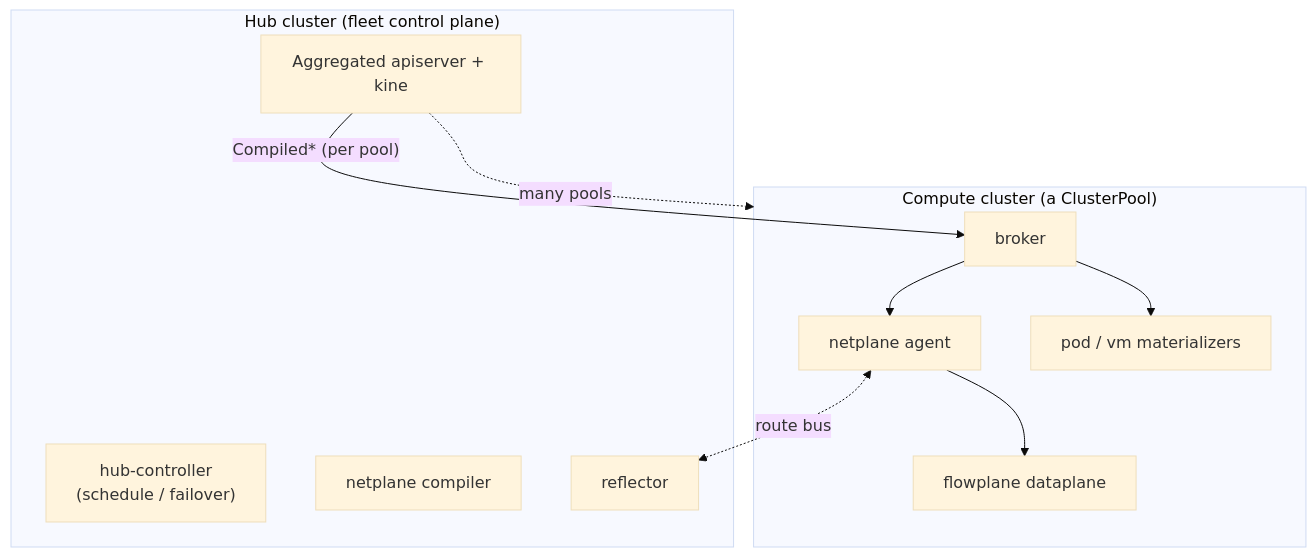
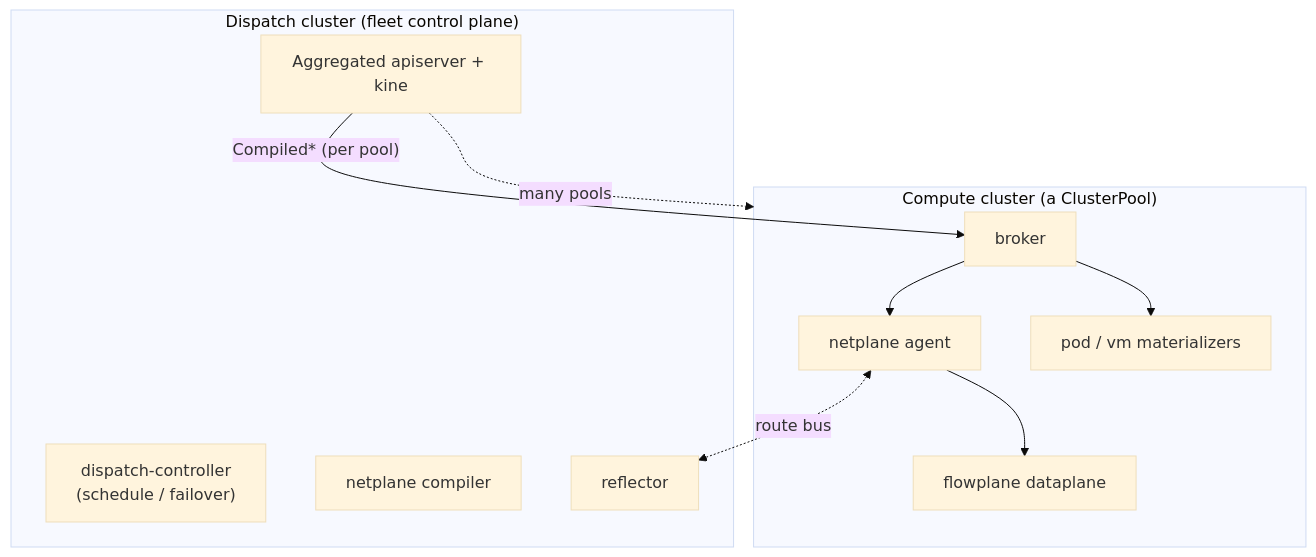
One commit to trevex/ectobase changed the diagram in README.md. Above: the diagram before and after it, drawn with Mermaid (base theme). The commit also changed other lines of this file and 490 other files, not shown here.

First line of the commit message:
refactor: rename subproject hub -> dispatch

````diff
--- a/README.md
+++ b/README.md
@@ -11,21 +11,21 @@
 ```mermaid
 flowchart TB
-  subgraph hub["Hub cluster (fleet control plane)"]
+  subgraph dispatch["Dispatch cluster (fleet control plane)"]
     api["Aggregated apiserver + kine"]
-    ctl["hub-controller<br/>(schedule / failover)"]
+    ctl["dispatch-controller<br/>(schedule / failover)"]
     cmp["netplane compiler"]
     rfl["reflector"]
   end
   subgraph pool["Compute cluster (a ClusterPool)"]
     brk["broker"]
     agt["netplane agent"]
     mat["pod / vm materializers"]
     dp["flowplane dataplane"]
   end
   api -- "Compiled* (per pool)" --> brk
   brk --> mat
   brk --> agt
   agt --> dp
   agt <-. "route bus" .-> rfl
   api -. "many pools" .-> pool
 ```
````
